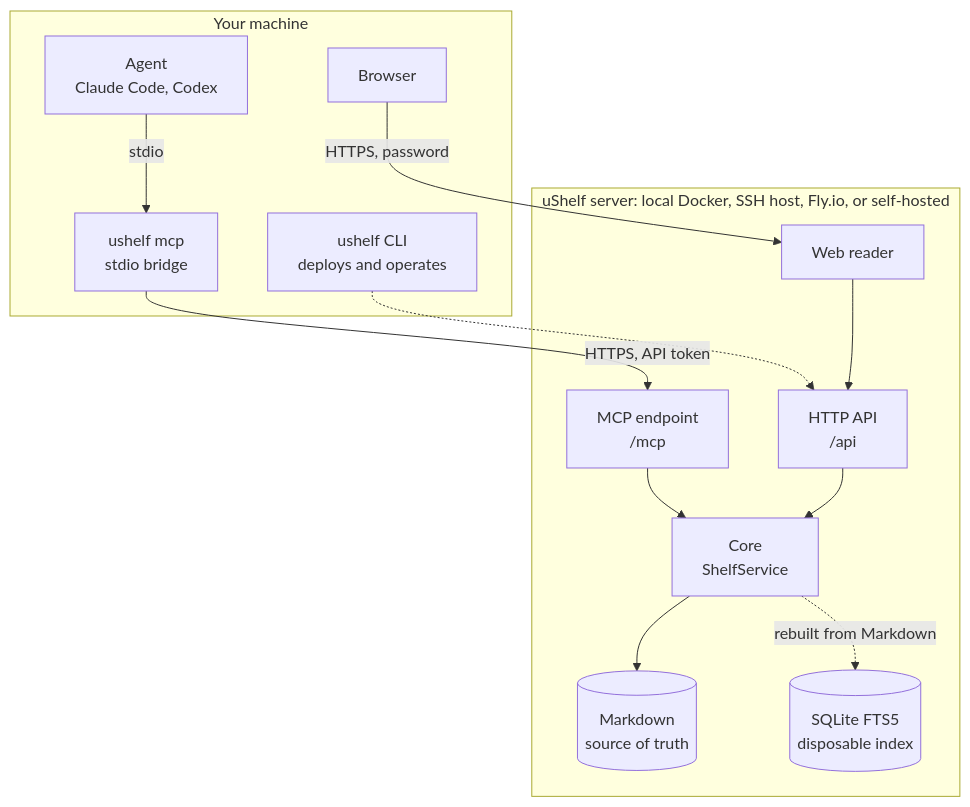
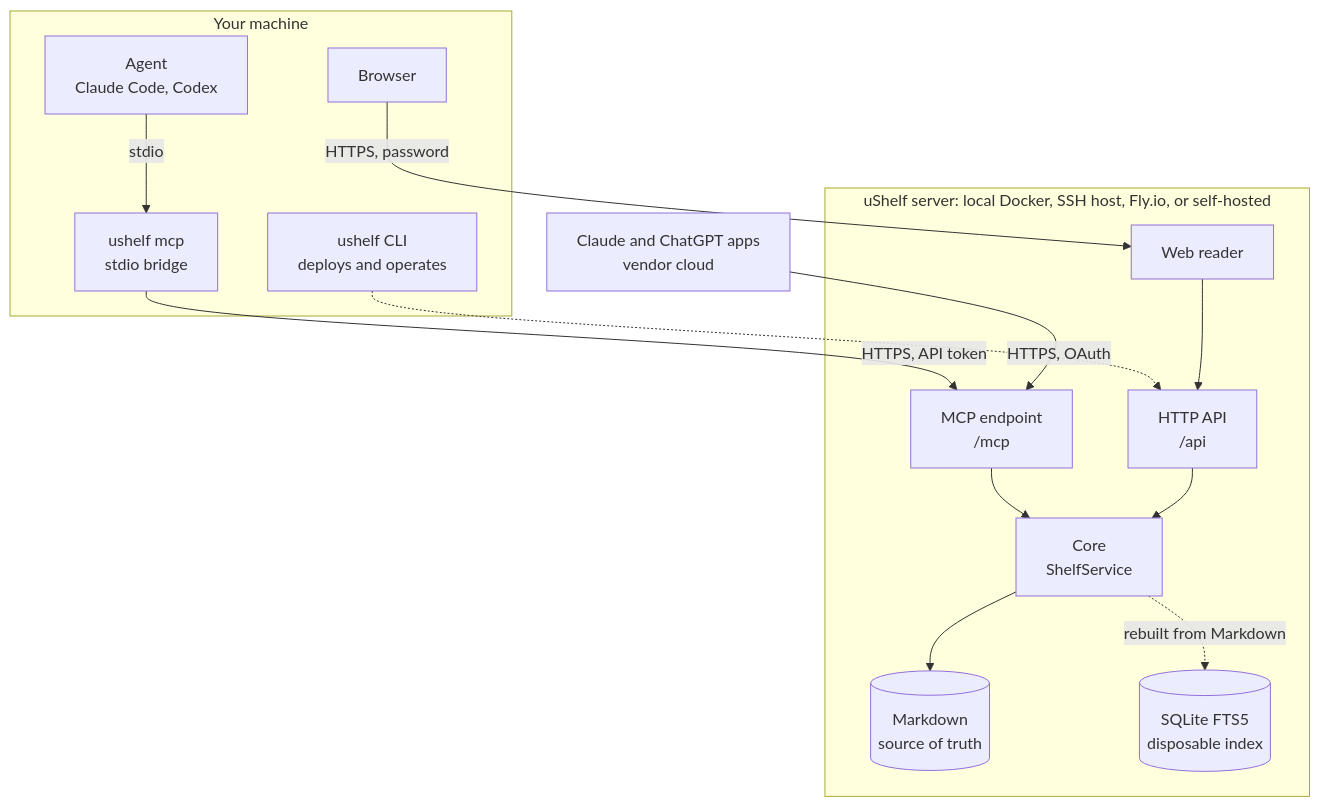
One commit to karamouche/ushelf changed the diagram in apps/docs/src/content/docs/concepts/architecture.md. Above: the diagram before and after it, drawn with Mermaid. The commit also changed other lines of this file and 11 other files, not shown here.

First line of the commit message:
docs: document connecting Claude and ChatGPT apps over OAuth

````diff
--- a/apps/docs/src/content/docs/concepts/architecture.md
+++ b/apps/docs/src/content/docs/concepts/architecture.md
@@ -8,28 +8,31 @@
 ```mermaid
 flowchart TB
   subgraph machine["Your machine"]
     agent["Agent<br/>Claude Code, Codex"]
     bridge["ushelf mcp<br/>stdio bridge"]
     cli["ushelf CLI<br/>deploys and operates"]
     browser["Browser"]
   end
+
+  hosted["Claude and ChatGPT apps<br/>vendor cloud"]
 
   subgraph server["uShelf server: local Docker, SSH host, Fly.io, or self-hosted"]
     mcp["MCP endpoint<br/>/mcp"]
     api["HTTP API<br/>/api"]
     web["Web reader"]
     core["Core<br/>ShelfService"]
     md[("Markdown<br/>source of truth")]
     db[("SQLite FTS5<br/>disposable index")]
   end
 
   agent -- stdio --> bridge
   bridge -- "HTTPS, API token" --> mcp
+  hosted -- "HTTPS, OAuth" --> mcp
   cli -.-> api
   browser -- "HTTPS, password" --> web
   web --> api
   mcp --> core
   api --> core
   core --> md
   core -. "rebuilt from Markdown" .-> db
 ```
````
